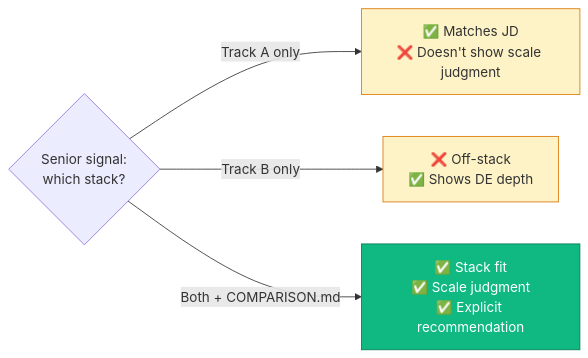
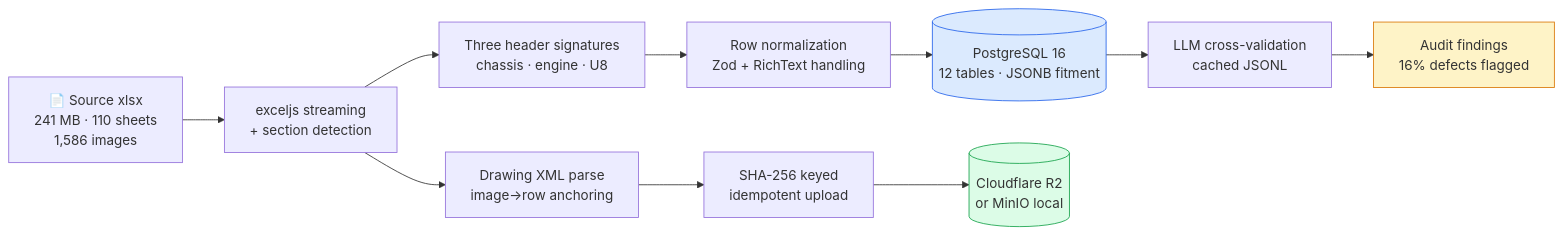
Before and after one commit to ankinguyen-engineer-2002/inventoryflow-catalog-ingest: the first of 3 diagrams in README.md, drawn with Mermaid. The commit also changed other lines of this file and 32 other files, not shown here.

````diff
--- a/README.md
+++ b/README.md
@@ -108,11 +160,16 @@
 ```mermaid
 flowchart LR
-    Q{Senior signal:<br/>which stack?}
-    Q -->|Track A only| A[✅ Matches JD<br/>❌ Doesn't show scale judgment]
-    Q -->|Track B only| B[❌ Off-stack<br/>✅ Shows DE depth]
-    Q -->|Both + COMPARISON.md| C[✅ Stack fit<br/>✅ Scale judgment<br/>✅ Explicit recommendation]
+    XLSX[📄 Source xlsx<br/>241 MB · 110 sheets<br/>1,586 images] --> A[exceljs streaming<br/>+ section detection]
+    A --> B[Three header signatures<br/>chassis · engine · U8]
+    B --> C[Row normalization<br/>Zod + RichText handling]
+    C --> D[(PostgreSQL 16<br/>12 tables · JSONB fitment)]
+    A --> E[Drawing XML parse<br/>image→row anchoring]
+    E --> F[SHA-256 keyed<br/>idempotent upload]
+    F --> G[(Cloudflare R2<br/>or MinIO local)]
+    D --> H[LLM cross-validation<br/>cached JSONL]
+    H --> I[Audit findings<br/>16% defects flagged]
 
-    style C fill:#10b981,stroke:#047857,color:#fff
-    style A fill:#fef3c7,stroke:#d97706
-    style B fill:#fef3c7,stroke:#d97706
+    style D fill:#dbeafe,stroke:#2563eb
+    style G fill:#dcfce7,stroke:#16a34a
+    style I fill:#fef3c7,stroke:#d97706
 ```
````
